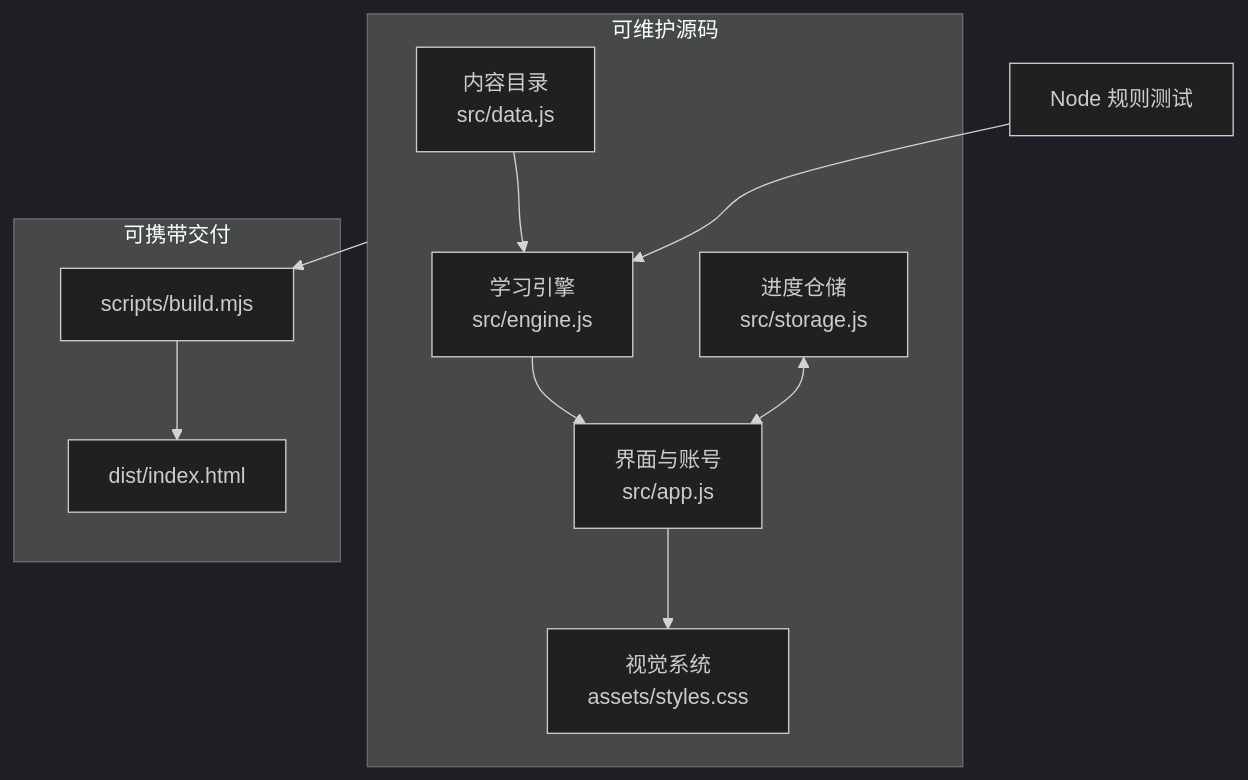
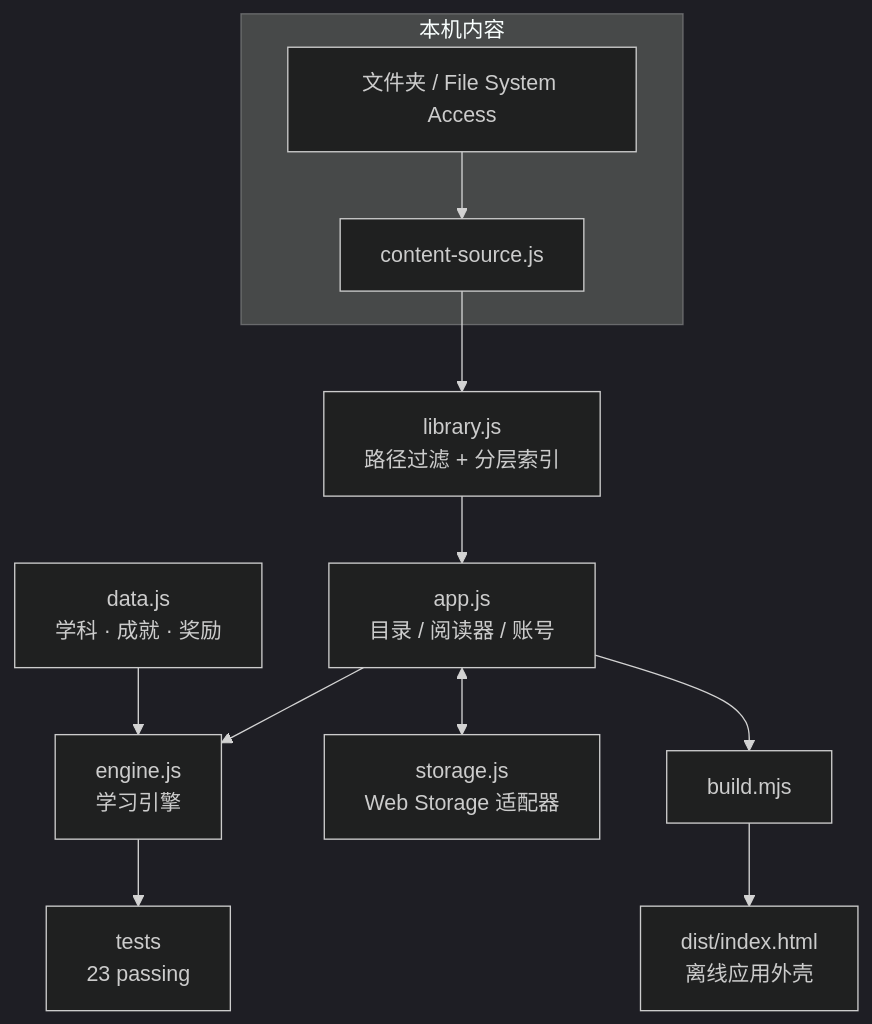
One commit to TommyDucx/zhiyu-study-camp changed the first of 2 diagrams in dist/docs/ARCHITECTURE.md. Above: the diagram before and after it, drawn with Mermaid (dark theme). The commit also changed other lines of this file and 42 other files, not shown here.

First line of the commit message:
feat: turn library into a full review reader with local content

````diff
--- a/dist/docs/ARCHITECTURE.md
+++ b/dist/docs/ARCHITECTURE.md
@@ -13,21 +14,14 @@
 ```mermaid
 flowchart TB
-  subgraph Authoring["可维护源码"]
-    DATA[内容目录<br/>src/data.js]
-    ENGINE[学习引擎<br/>src/engine.js]
-    STORE[进度仓储<br/>src/storage.js]
-    APP[界面与账号<br/>src/app.js]
-    CSS[视觉系统<br/>assets/styles.css]
-    DATA --> ENGINE
-    ENGINE --> APP
-    STORE <--> APP
-    APP --> CSS
+  subgraph Source["本机内容"]
+    FS[文件夹 / File System Access] --> SRC[content-source.js]
   end
-  subgraph Delivery["可携带交付"]
-    BUILD[scripts/build.mjs]
-    SINGLE[dist/index.html]
-    BUILD --> SINGLE
-  end
-  Authoring --> BUILD
-  TEST[Node 规则测试] --> ENGINE
+  SRC --> LIB[library.js<br/>路径过滤 + 分层索引]
+  LIB --> APP[app.js<br/>目录 / 阅读器 / 账号]
+  DATA[data.js<br/>学科 · 成就 · 奖励] --> ENGINE[engine.js<br/>学习引擎]
+  APP --> ENGINE
+  APP <--> STORE[storage.js<br/>Web Storage 适配器]
+  ENGINE --> TEST[tests<br/>23 passing]
+  BUILD[build.mjs] --> DIST[dist/index.html<br/>离线应用外壳]
+  APP --> BUILD
 ```
````
